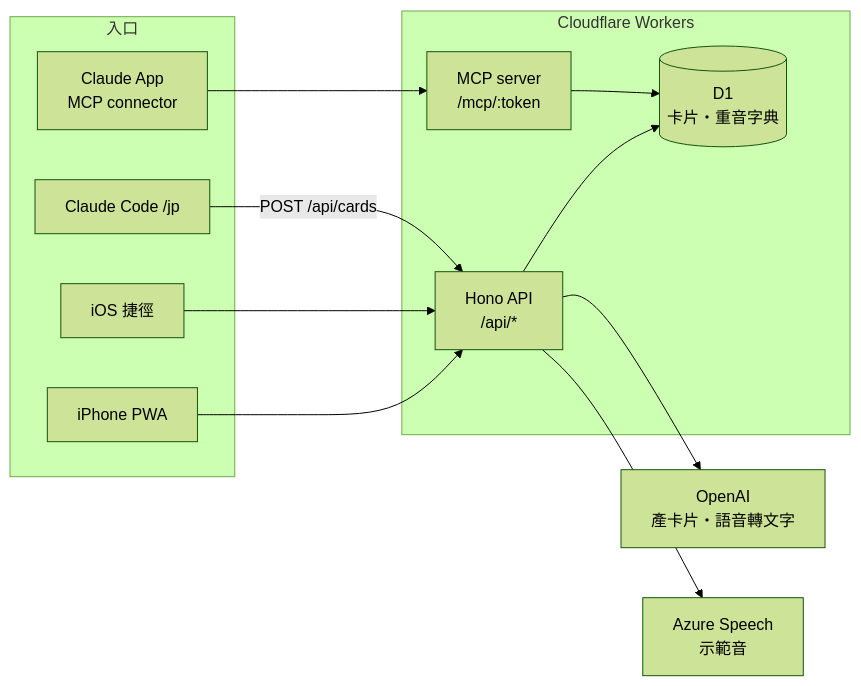
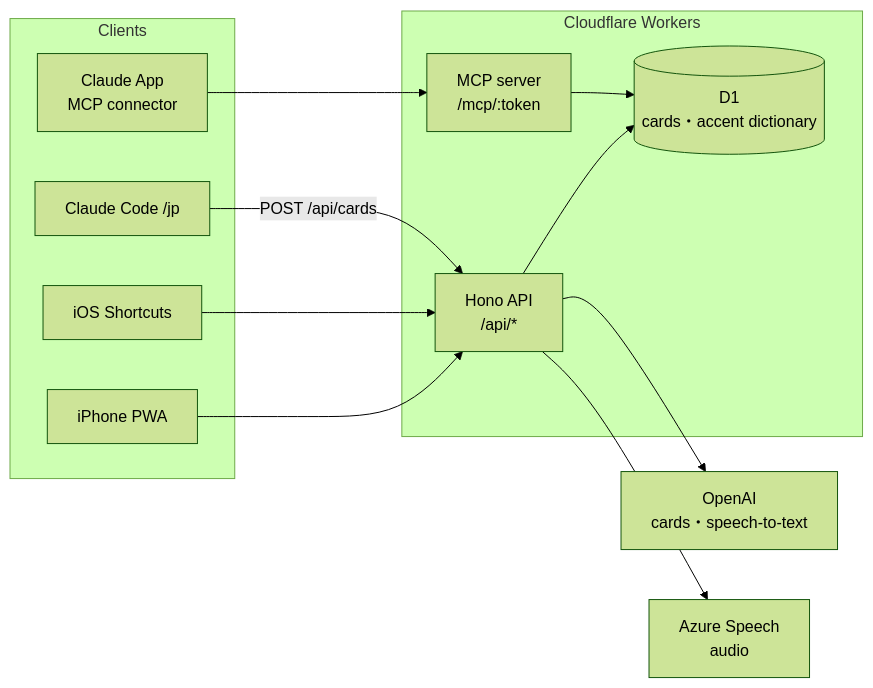
One commit to WeiLin18/nihongo-coach changed the diagram in README.md. Above: the diagram before and after it, drawn with Mermaid (forest theme). The commit also changed other lines of this file and 1 other file, not shown here.

````diff
--- a/README.md
+++ b/README.md
@@ -37,22 +41,22 @@
 ```mermaid
 flowchart LR
-  subgraph clients [入口]
+  subgraph clients [Clients]
     pwa["iPhone PWA"]
-    sc["iOS 捷徑"]
+    sc["iOS Shortcuts"]
     jp["Claude Code /jp"]
     mcpc["Claude App<br/>MCP connector"]
   end
   subgraph cf [Cloudflare Workers]
     api["Hono API<br/>/api/*"]
     mcp["MCP server<br/>/mcp/:token"]
-    d1[("D1<br/>卡片・重音字典")]
+    d1[("D1<br/>cards・accent dictionary")]
   end
   pwa --> api
   sc --> api
   jp -->|"POST /api/cards"| api
   mcpc --> mcp
   api --> d1
   mcp --> d1
-  api --> openai["OpenAI<br/>產卡片・語音轉文字"]
-  api --> azure["Azure Speech<br/>示範音"]
+  api --> openai["OpenAI<br/>cards・speech-to-text"]
+  api --> azure["Azure Speech<br/>audio"]
 ```
````
